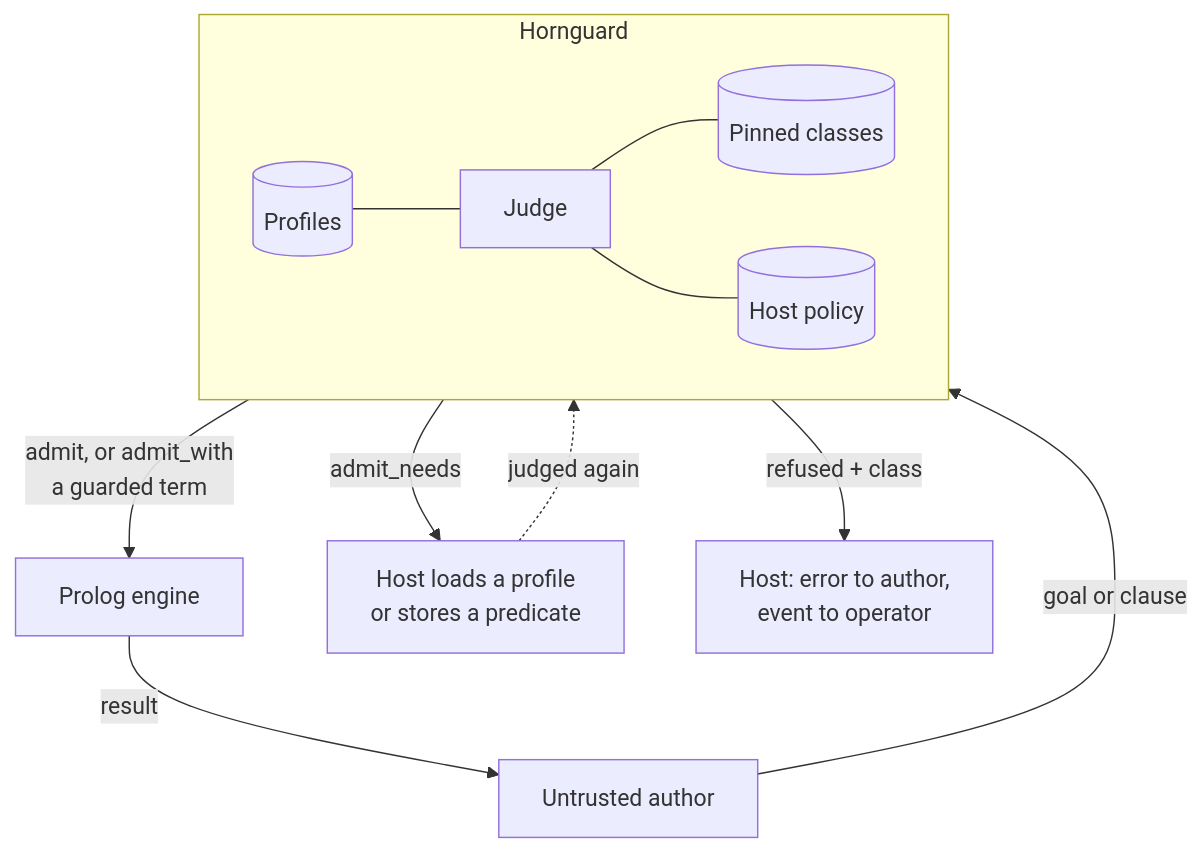
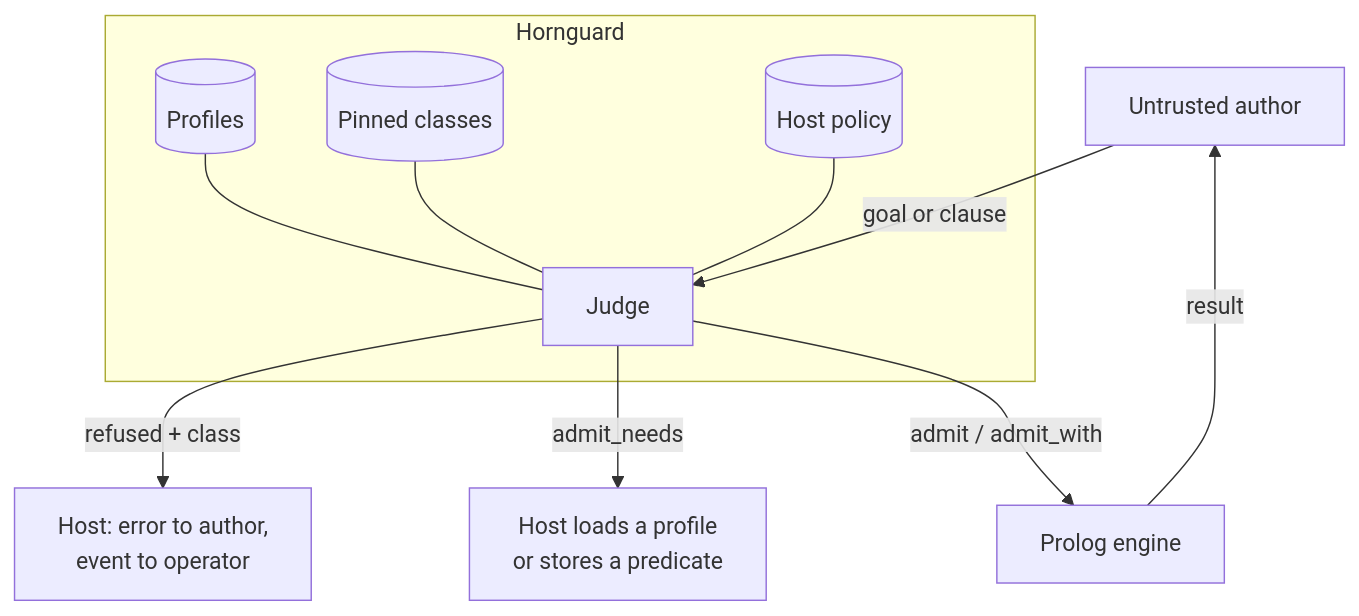
One commit to DataGrout/hornguard changed the diagram in README.md. Above: the diagram before and after it, drawn with Mermaid. The commit also changed other lines of this file, not shown here.

Commit message:
README: the overview diagram without the back edge whose label collided
The satisfied-need loop is a sentence under the diagram now, and the
subgraph takes the page's direction instead of its own.

````diff
--- a/README.md
+++ b/README.md
@@ -22,14 +22,13 @@
 ```mermaid
 flowchart TB
     A[Untrusted author] -->|goal or clause| J
     subgraph Hornguard
-        direction LR
-        P[(Profiles)] --- J[Judge] --- K[(Pinned classes)]
-        J --- H[(Host policy)]
+        P[(Profiles)] --- J[Judge]
+        K[(Pinned classes)] --- J
+        H[(Host policy)] --- J
     end
-    J -->|admit, or admit_with<br/>a guarded term| E[Prolog engine]
+    J -->|admit / admit_with| E[Prolog engine]
     J -->|admit_needs| N[Host loads a profile<br/>or stores a predicate]
     J -->|refused + class| R[Host: error to author,<br/>event to operator]
     E -->|result| A
-    N -.->|judged again| J
 ```
````
